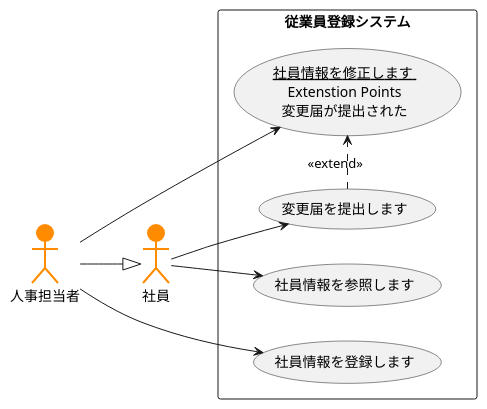
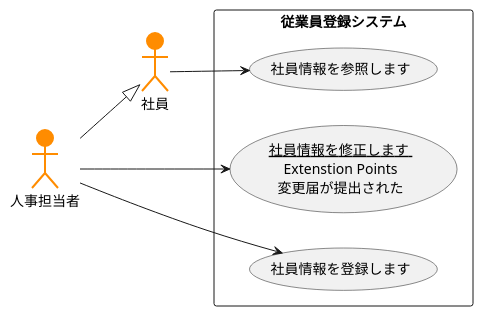
One commit to isikawayuto/uml-introduction changed the diagram in 演習2-6_盛岡システム_従業員登録システム.pu. Above: the diagram before and after it, drawn with PlantUML.

Commit message:
演習2-6

```diff
--- a/演習2-6_盛岡システム_従業員登録システム.pu
+++ b/演習2-6_盛岡システム_従業員登録システム.pu
@@ -1,17 +1,14 @@
 @startuml ユースケース図
 left to right direction
 actor 人事担当者 #ff8c00;line:Darkorange;line.bold;
 actor 社員 #ff8c00;line:Darkorange;line.bold;
 rectangle 従業員登録システム{
 usecase (<u>社員情報を修正します<u> \nExtenstion Points\n変更届が提出された) as input
 usecase 社員情報を登録します
 usecase 社員情報を参照します
-usecase 変更届を提出します
 }
 社員 --> 社員情報を参照します
-社員 --> 変更届を提出します
 人事担当者--> input
 人事担当者 --> 社員情報を登録します
 人事担当者 --|> 社員
-変更届を提出します .> input: <<extend>>
 @enduml
```
